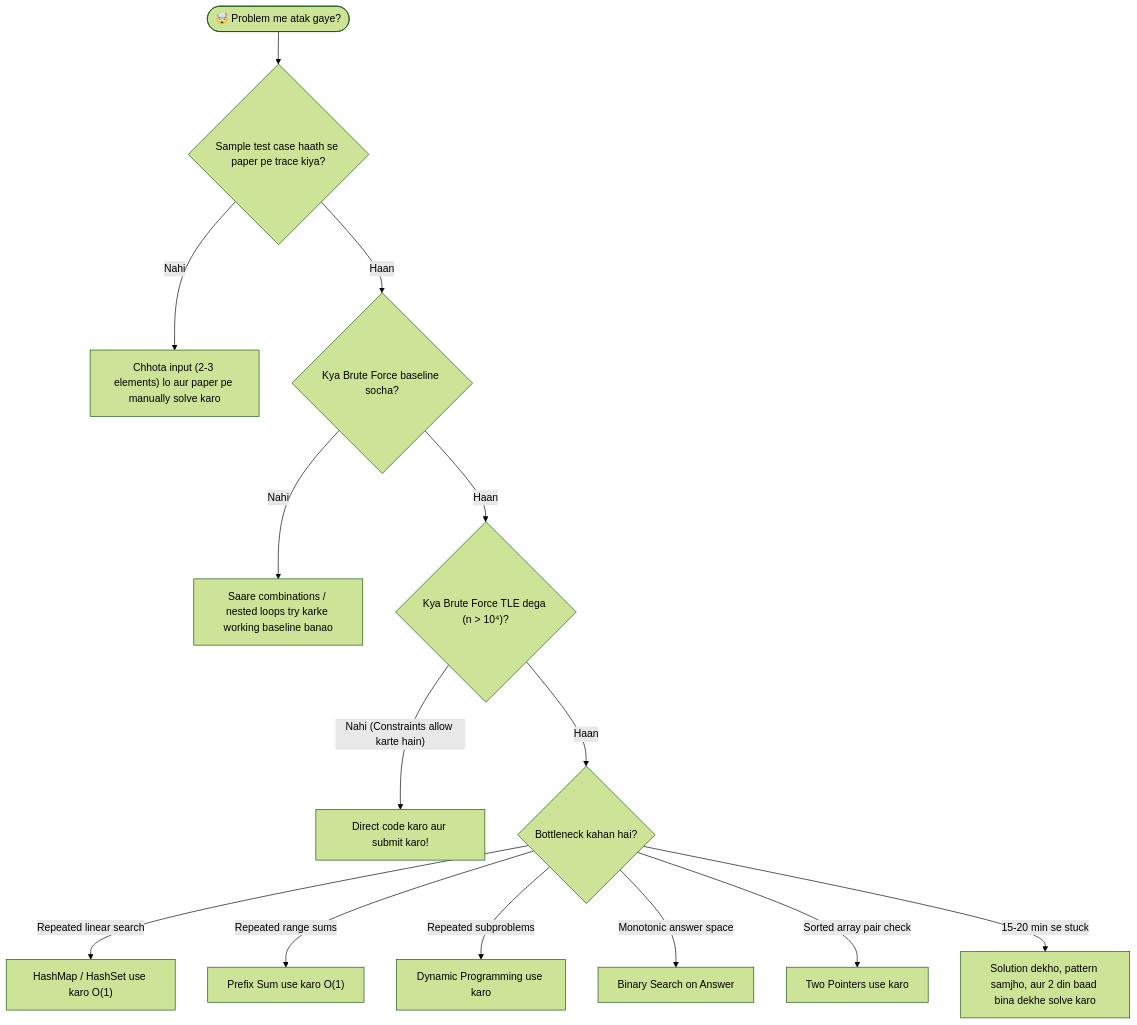
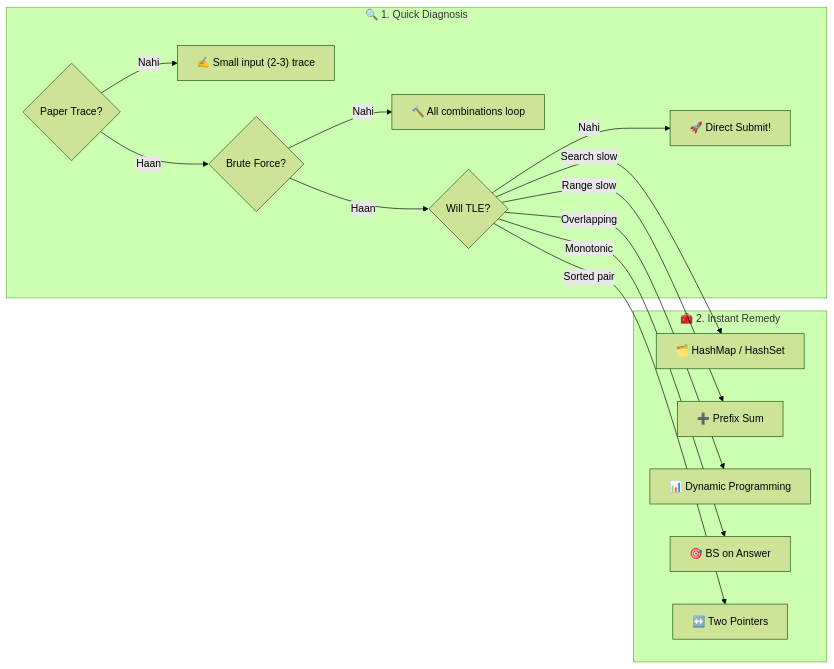
One commit to Kali-Prem/dsa-logic-building-playbook changed the seventh of 11 diagrams in README.md. Above: the diagram before and after it, drawn with Mermaid (forest theme). The commit also changed other lines of this file, not shown here.

Commit message:
optimize flowcharts to compact horizontal LR layout for GitHub

````diff
--- a/README.md
+++ b/README.md
@@ -929,20 +906,18 @@
 ```mermaid
-flowchart TD
-    Start(["🤯 Problem me atak gaye?"]) --> Step1{"Sample test case haath se paper pe trace kiya?"}
-    Step1 -->|"Nahi"| Act1["Chhota input (2-3 elements) lo aur paper pe manually solve karo"]
-    
-    Step1 -->|"Haan"| Step2{"Kya Brute Force baseline socha?"}
-    Step2 -->|"Nahi"| Act2["Saare combinations / nested loops try karke working baseline banao"]
-    
-    Step2 -->|"Haan"| Step3{"Kya Brute Force TLE dega (n > 10⁴)?"}
-    Step3 -->|"Nahi (Constraints allow karte hain)"| Act3["Direct code karo aur submit karo!"]
-    
-    Step3 -->|"Haan"| Step4{"Bottleneck kahan hai?"}
-    Step4 -->|"Repeated linear search"| T1["HashMap / HashSet use karo O(1)"]
-    Step4 -->|"Repeated range sums"| T2["Prefix Sum use karo O(1)"]
-    Step4 -->|"Repeated subproblems"| T3["Dynamic Programming use karo"]
-    Step4 -->|"Monotonic answer space"| T4["Binary Search on Answer"]
-    Step4 -->|"Sorted array pair check"| T5["Two Pointers use karo"]
-    
-    Step4 -->|"15-20 min se stuck"| Act4["Solution dekho, pattern samjho, aur 2 din baad bina dekhe solve karo"]
+flowchart LR
+    subgraph Diagnosis ["🔍 1. Quick Diagnosis"]
+        T1{"Paper Trace?"} -->|Nahi| A1["✍️ Small input (2-3) trace"]
+        T1 -->|Haan| T2{"Brute Force?"}
+        T2 -->|Nahi| A2["🔨 All combinations loop"]
+        T2 -->|Haan| T3{"Will TLE?"}
+        T3 -->|Nahi| A3["🚀 Direct Submit!"]
+    end
+
+    subgraph Treatment ["🧰 2. Instant Remedy"]
+        T3 -->|"Search slow"| R1["🗂️ HashMap / HashSet"]
+        T3 -->|"Range slow"| R2["➕ Prefix Sum"]
+        T3 -->|"Overlapping"| R3["📊 Dynamic Programming"]
+        T3 -->|"Monotonic"| R4["🎯 BS on Answer"]
+        T3 -->|"Sorted pair"| R5["↔️ Two Pointers"]
+    end
 ```
````
